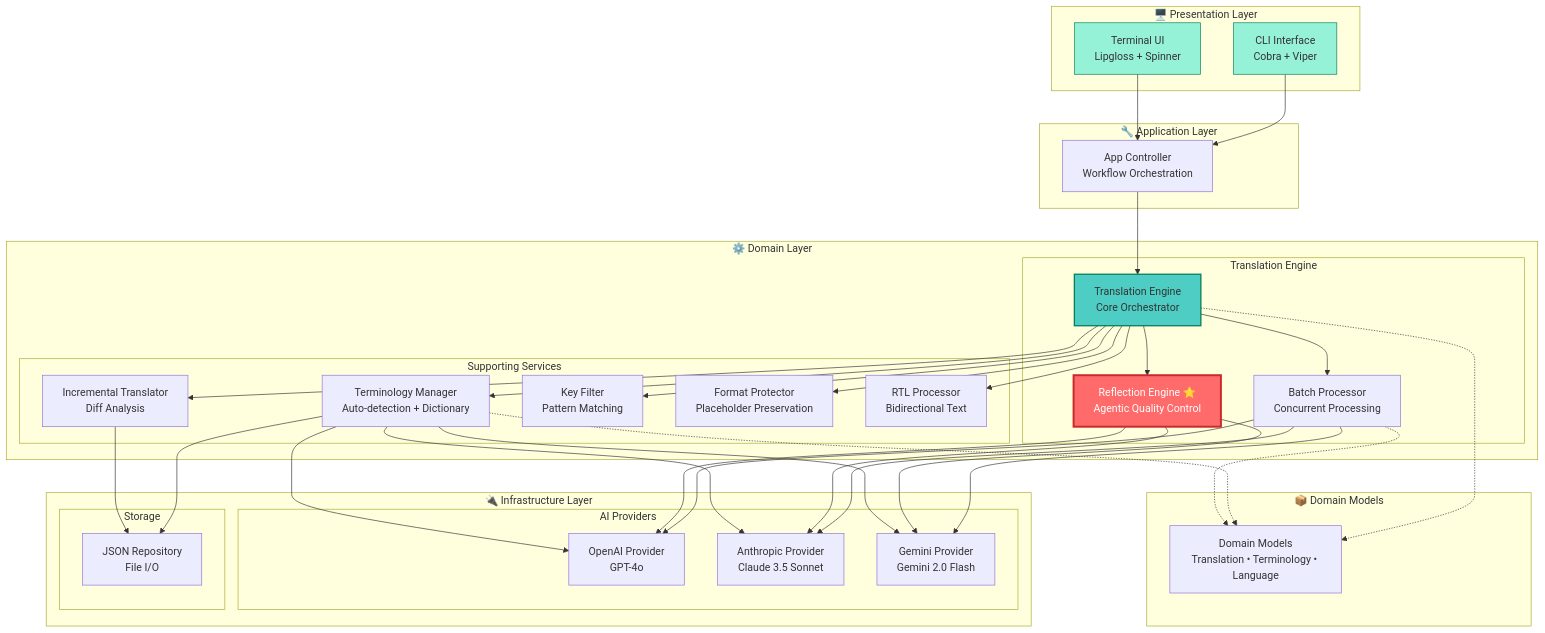
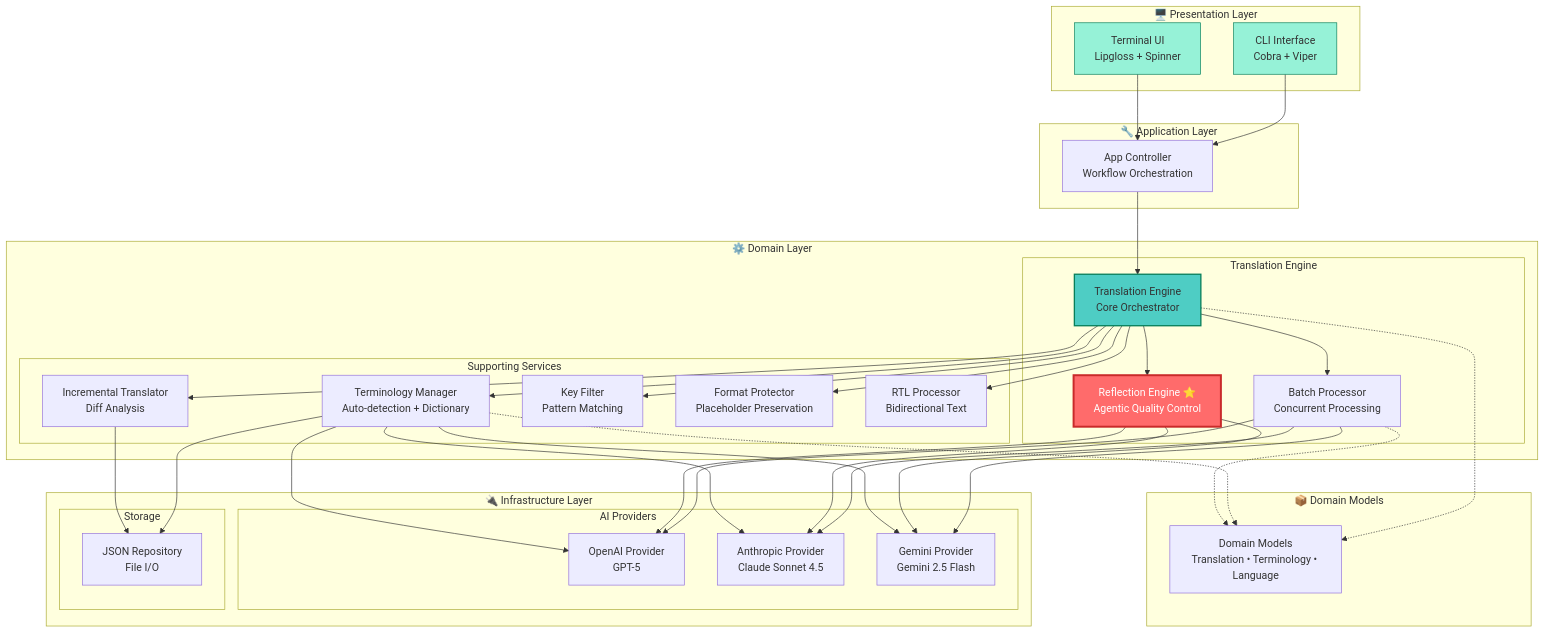
The first of 2 diagrams in README.md (hikanner/jta), drawn with Mermaid before and after one commit. The commit also changed other lines of this file and 4 other files, not shown here.

````diff
--- a/README.md
+++ b/README.md
@@ -268,76 +341,76 @@
 ```mermaid
 graph TB
     subgraph "🖥️ Presentation Layer"
         CLI[CLI Interface<br/>Cobra + Viper]
         UI[Terminal UI<br/>Lipgloss + Spinner]
     end
     
     subgraph "🔧 Application Layer"
         APP[App Controller<br/>Workflow Orchestration]
     end
     
     subgraph "⚙️ Domain Layer"
         subgraph "Translation Engine"
             ENGINE[Translation Engine<br/>Core Orchestrator]
             BATCH[Batch Processor<br/>Concurrent Processing]
             REFLECT[Reflection Engine ⭐<br/>Agentic Quality Control]
         end
         
         subgraph "Supporting Services"
             TERM[Terminology Manager<br/>Auto-detection + Dictionary]
             INCR[Incremental Translator<br/>Diff Analysis]
             FILTER[Key Filter<br/>Pattern Matching]
             FORMAT[Format Protector<br/>Placeholder Preservation]
             RTL[RTL Processor<br/>Bidirectional Text]
         end
     end
     
     subgraph "🔌 Infrastructure Layer"
         subgraph "AI Providers"
-            OPENAI[OpenAI Provider<br/>GPT-4o]
-            ANTHROPIC[Anthropic Provider<br/>Claude 3.5 Sonnet]
-            GEMINI[Gemini Provider<br/>Gemini 2.0 Flash]
+            OPENAI[OpenAI Provider<br/>GPT-5]
+            ANTHROPIC[Anthropic Provider<br/>Claude Sonnet 4.5]
+            GEMINI[Gemini Provider<br/>Gemini 2.5 Flash]
         end
         
         subgraph "Storage"
             JSON[JSON Repository<br/>File I/O]
         end
     end
     
     subgraph "📦 Domain Models"
         MODELS[Domain Models<br/>Translation • Terminology • Language]
     end
     
     CLI --> APP
     UI --> APP
     APP --> ENGINE
     ENGINE --> BATCH
     ENGINE --> REFLECT
     ENGINE --> TERM
     ENGINE --> INCR
     ENGINE --> FILTER
     ENGINE --> FORMAT
     ENGINE --> RTL
     
     BATCH --> OPENAI
     BATCH --> ANTHROPIC
     BATCH --> GEMINI
     REFLECT --> OPENAI
     REFLECT --> ANTHROPIC
     REFLECT --> GEMINI
     TERM --> OPENAI
     TERM --> ANTHROPIC
     TERM --> GEMINI
     
     TERM --> JSON
     INCR --> JSON
     
     ENGINE -.-> MODELS
     TERM -.-> MODELS
     BATCH -.-> MODELS
     
     style REFLECT fill:#ff6b6b,stroke:#c92a2a,stroke-width:3px,color:#fff
     style ENGINE fill:#4ecdc4,stroke:#087f5b,stroke-width:2px
     style CLI fill:#96f2d7,stroke:#087f5b
     style UI fill:#96f2d7,stroke:#087f5b
 ```
````
